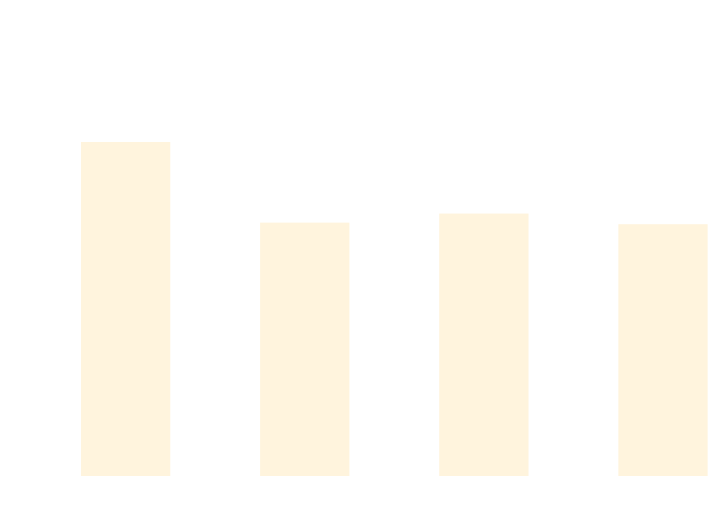
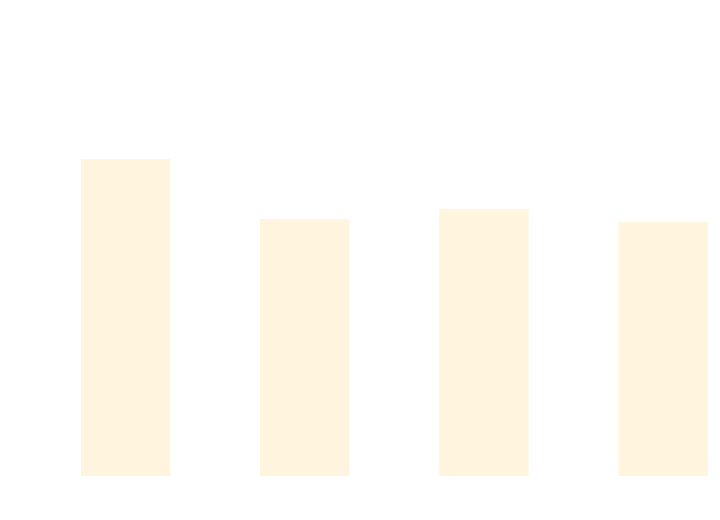
One commit to thomhurst/TUnit changed the diagram in docs/docs/benchmarks/BuildTime.md. Above: the diagram before and after it, drawn with Mermaid. The commit also changed other lines of this file and 17 other files, not shown here.

````diff
--- a/docs/docs/benchmarks/BuildTime.md
+++ b/docs/docs/benchmarks/BuildTime.md
@@ -28,37 +28,37 @@
 ```mermaid
 %%{init: {
   'theme':'base',
   'themeVariables': {
     'primaryColor': '#2563eb',
     'primaryTextColor': '#ffffff',
     'primaryBorderColor': '#1e40af',
     'lineColor': '#6b7280',
     'secondaryColor': '#7c3aed',
     'tertiaryColor': '#dc2626',
     'background': '#ffffff',
     'mainBkg': '#2563eb',
     'secondBkg': '#7c3aed',
     'tertiaryBkg': '#dc2626',
     'clusterBkg': '#f3f4f6',
     'edgeLabelBackground': '#ffffff',
     'tertiaryTextColor': '#1f2937',
     'pie1': '#2563eb',
     'pie2': '#7c3aed',
     'pie3': '#dc2626',
     'pie4': '#f59e0b',
     'pie5': '#10b981',
     'pie6': '#06b6d4',
     'pie7': '#ec4899',
     'pie8': '#6366f1',
     'pie9': '#84cc16',
     'pie10': '#f97316',
     'pie11': '#14b8a6',
     'pie12': '#a855f7'
   }
 }}%%
 xychart-beta
   title "Build Time Comparison"
   x-axis ["Build_TUnit", "Build_NUnit", "Build_MSTest", "Build_xUnit3"]
   y-axis "Time (s)" 0 --> 3
-  bar [2.411, 1.814, 1.881, 1.802]
+  bar [2.285, 1.84, 1.916, 1.82]
 ```
````
